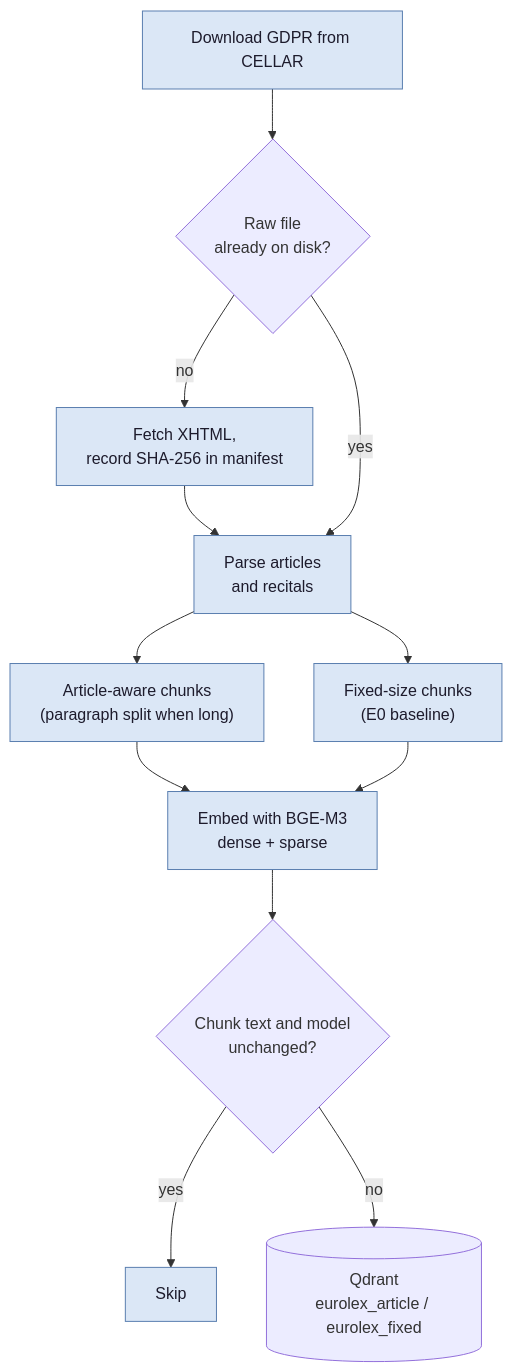
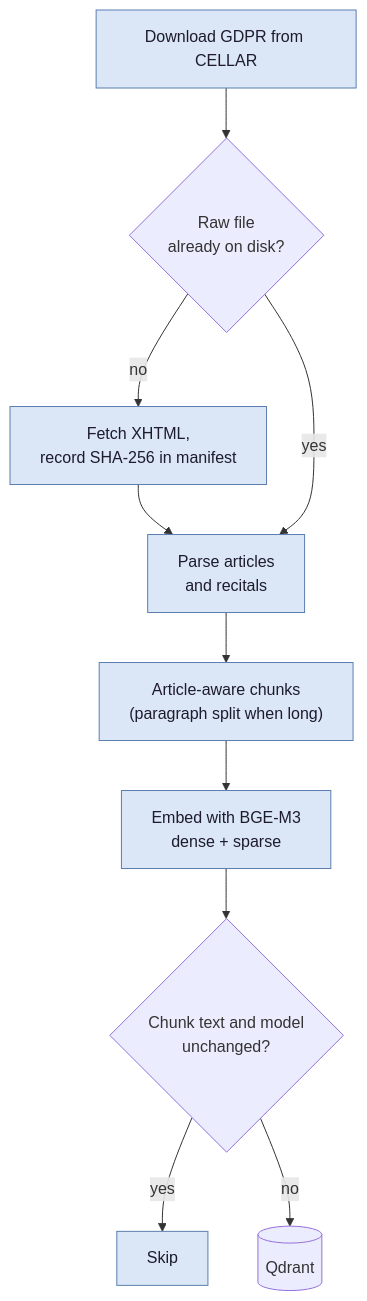
Before and after one commit to asmaelhadj/EuroLex-RAG: the second of 3 diagrams in README.md, drawn with Mermaid. The commit also changed other lines of this file, not shown here.

Commit message:
Keep only the system itself in the README diagrams

````diff
--- a/README.md
+++ b/README.md
@@ -57,16 +56,14 @@
 ```mermaid
 flowchart TB
     D1["Download GDPR from CELLAR"] --> D2{"Raw file<br/>already on disk?"}
     D2 -- "no" --> D3["Fetch XHTML,<br/>record SHA-256 in manifest"] --> P1
     D2 -- "yes" --> P1["Parse articles<br/>and recitals"]
     P1 --> C1["Article-aware chunks<br/>(paragraph split when long)"]
-    P1 --> C2["Fixed-size chunks<br/>(E0 baseline)"]
     C1 --> E1["Embed with BGE-M3<br/>dense + sparse"]
-    C2 --> E1
     E1 --> I1{"Chunk text and model<br/>unchanged?"}
     I1 -- "yes" --> SKIP["Skip"]
-    I1 -- "no" --> QD[("Qdrant<br/>eurolex_article / eurolex_fixed")]
+    I1 -- "no" --> QD[("Qdrant")]
 
     classDef ingest fill:#dbe7f6,stroke:#5b7fb0,color:#1d1b2c
-    class D1,D3,P1,C1,C2,E1,SKIP ingest
+    class D1,D3,P1,C1,E1,SKIP ingest
 ```
````
